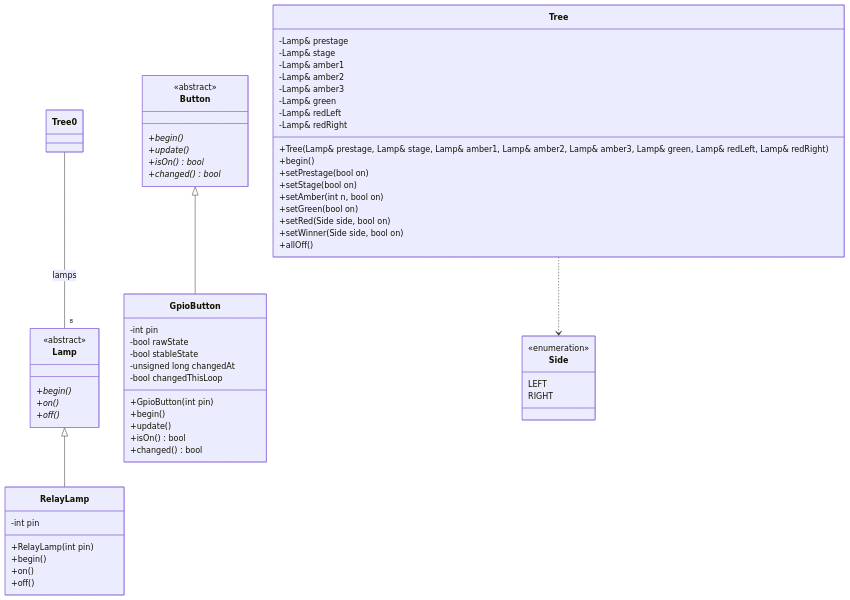
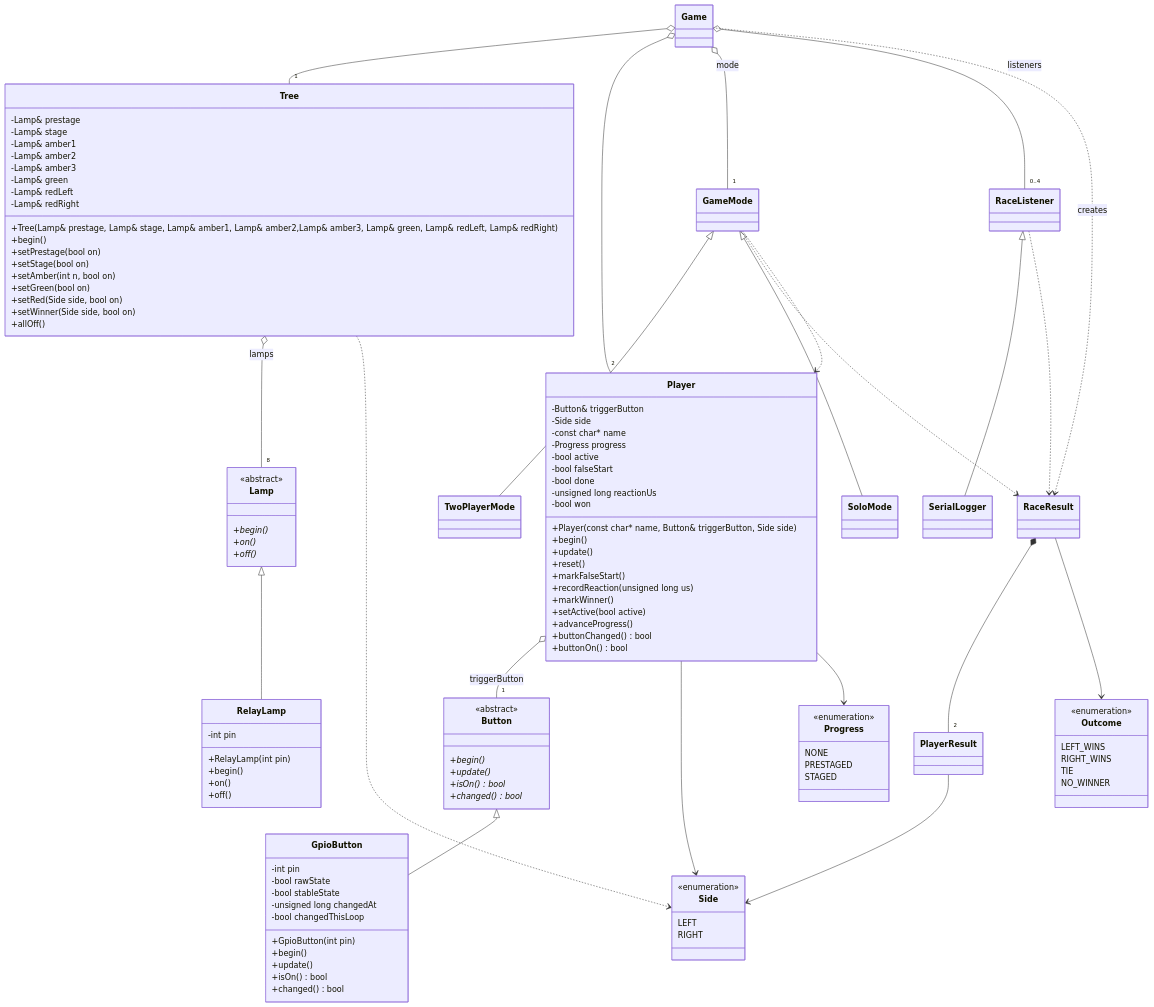
Before and after one commit to albinkarlsson1999/drag-tree: the diagram in docs/design-model.md, drawn with Mermaid.

Commit message:
Associations and alot of classes added to design model. Using mermaid.live

````diff
--- a/docs/design-model.md
+++ b/docs/design-model.md
@@ -33,8 +33,6 @@
         +on()
         +off()
     }
-    Button <|-- GpioButton
-    Lamp <|-- RelayLamp
 
 
     %% The tree
@@ -47,7 +45,7 @@
         -Lamp& green
         -Lamp& redLeft
         -Lamp& redRight
-        +Tree(Lamp& prestage, Lamp& stage, Lamp& amber1, Lamp& amber2, Lamp& amber3, Lamp& green, Lamp& redLeft, Lamp& redRight)
+        +Tree(Lamp& prestage, Lamp& stage, Lamp& amber1, Lamp& amber2,Lamp& amber3, Lamp& green, Lamp& redLeft, Lamp& redRight)
         +begin()
         +setPrestage(bool on)
         +setStage(bool on)
@@ -62,7 +60,113 @@
         LEFT
         RIGHT
     }
-    Tree 0-- "8" Lamp : lamps
+
+
+    %% The game
+    class Player {
+        +Player (const char* name, Button& triggerButton, Side side)
+        -Button& triggerButton
+        -Side side
+        -const char* name 
+        -Progress progress
+        -bool active
+        -bool falseStart
+        -bool done
+        -unsigned long reactionUs
+        -bool won
+        +begin()
+        +update()
+        +reset()
+        +markFalseStart()
+        +recordReaction(unsigned long us)
+        +markWinner()
+        +setActive(bool active)
+        +advanceProgress()
+        +buttonChanged() bool
+        +buttonOn() bool
+    }
+
+    class RaceResult {
+
+    }
+
+    class PlayerResult {
+
+    }
+
+    class GameMode {
+
+    }
+
+    class TwoPlayerMode {
+
+    }
+
+    class SoloMode {
+
+    }
+
+    class Game {
+
+    }
+
+    class Outcome {
+        <<enumeration>>
+        LEFT_WINS
+        RIGHT_WINS
+        TIE
+        NO_WINNER
+    }
+
+    class Progress {
+        <<enumeration>>
+        NONE
+        PRESTAGED
+        STAGED
+    }
+
+
+    %% Result out
+    class RaceListener {
+
+    }
+
+    class SerialLogger {
+
+    }
+
+
+    %% All associations
+
+    %% Inheritance
+    Button <|-- GpioButton
+    Lamp <|-- RelayLamp
+    GameMode <|-- TwoPlayerMode
+    GameMode <|-- SoloMode
+    RaceListener <|-- SerialLogger
+
+    %% Aggregation
+    Tree o-- "8" Lamp : lamps
+    Player o-- "1" Button : triggerButton
+    Game o-- "1" Tree
+    Game o-- "2" Player
+    Game o-- "1" GameMode : mode
+    Game o-- "0..4" RaceListener : listeners
+
+    %% Composition
+    RaceResult *-- "2" PlayerResult
+
+    %% Association
+    Player --> Side
+    Player --> Progress
+    PlayerResult --> Side
+    RaceResult --> Outcome
+    
+    %% Dependency
     Tree ..> Side
+    Game ..> RaceResult : creates
+    GameMode ..> RaceResult
+    RaceListener ..> RaceResult
+    GameMode ..> Player
 
 ```
````
